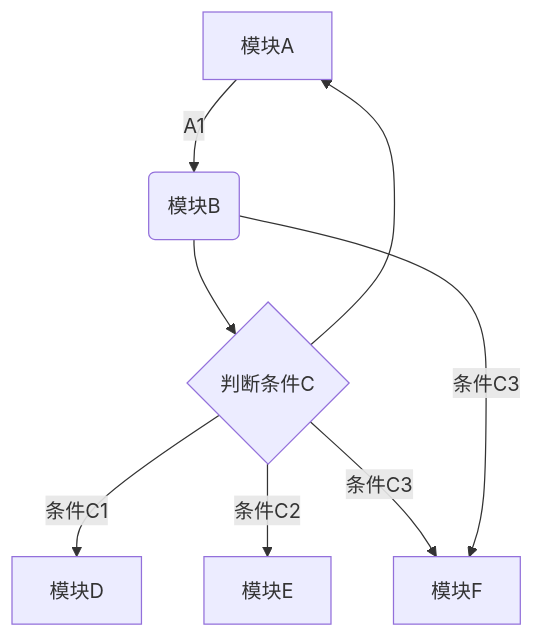
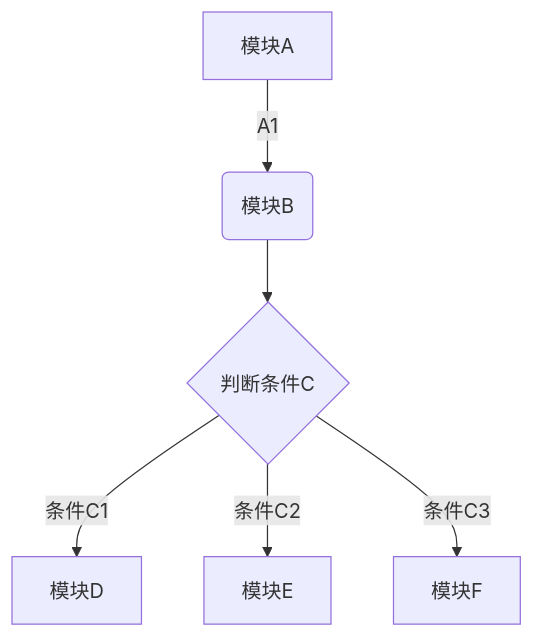
Before and after one commit to yjkhaoyun/maths: the diagram in README.md, drawn with Mermaid. The commit also changed other lines of this file, not shown here.

````diff
--- a/README.md
+++ b/README.md
@@ -46,10 +31,8 @@
 ```mermaid
 graph TD
 A[模块A] -->|A1| B(模块B)
 B --> C{判断条件C}
 C -->|条件C1| D[模块D]
 C -->|条件C2| E[模块E]
 C -->|条件C3| F[模块F]
-C -->A[模块A] 
-B -->|条件C3| F[模块F]
 ```
````
